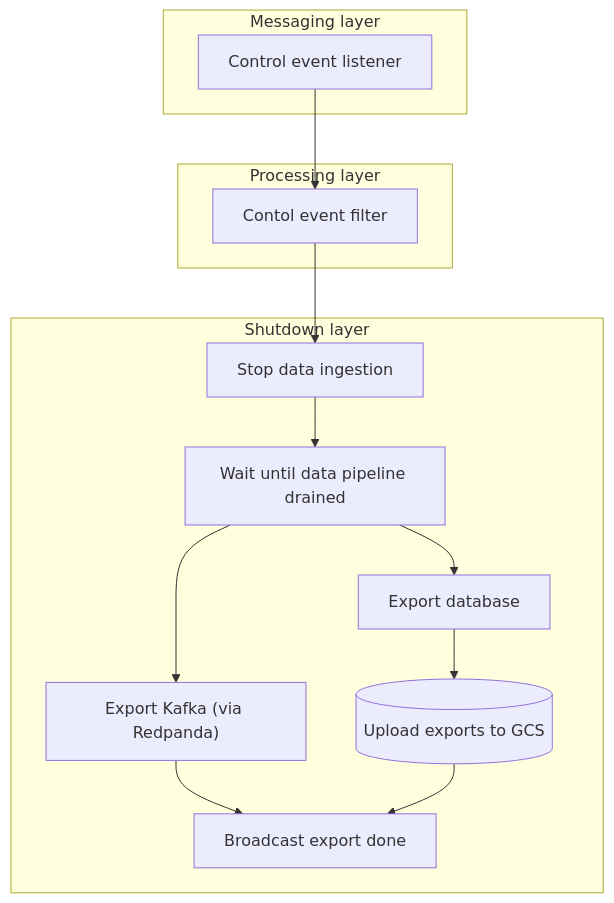
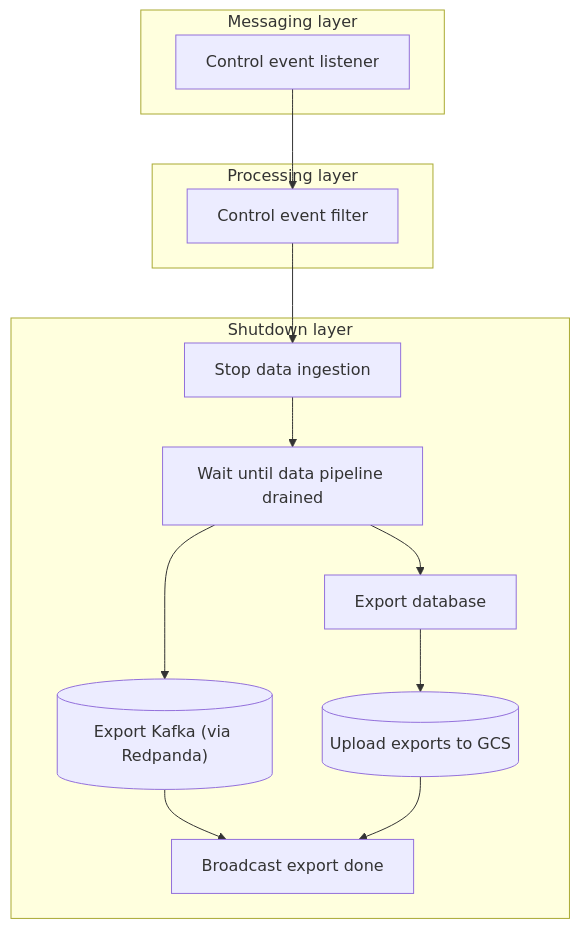
Before and after one commit to ChronoRacer/chronoracer: the fourth of 4 diagrams in docs/component-core.md, drawn with Mermaid. The commit also changed other lines of this file and 60 other files, not shown here.

````diff
--- a/docs/component-core.md
+++ b/docs/component-core.md
@@ -136,28 +131,28 @@
 ```mermaid
 flowchart TB
     subgraph kafka["Messaging layer"]
         kafkaControl["Control event listener"]
     end
 
     subgraph process["Processing layer"]
-        filterControl["Contol event filter"]
+        filterControl["Control event filter"]
     end
 
     subgraph shutdown["Shutdown layer"]
         dataStop["Stop data ingestion"]
         pipelineDrain["Wait until data pipeline drained"]
-        exportKafka["Export Kafka (via Redpanda)"]
+        exportKafka[("Export Kafka (via Redpanda)")]
         exportDb["Export database"]
         gcsWriter[("Upload exports to GCS")]
         notify["Broadcast export done"]
     end
 
     kafkaControl --> filterControl
     filterControl --> dataStop
     dataStop --> pipelineDrain
     pipelineDrain --> exportKafka
     pipelineDrain --> exportDb
     exportDb --> gcsWriter
     exportKafka --> notify
     gcsWriter --> notify
 ```
````
